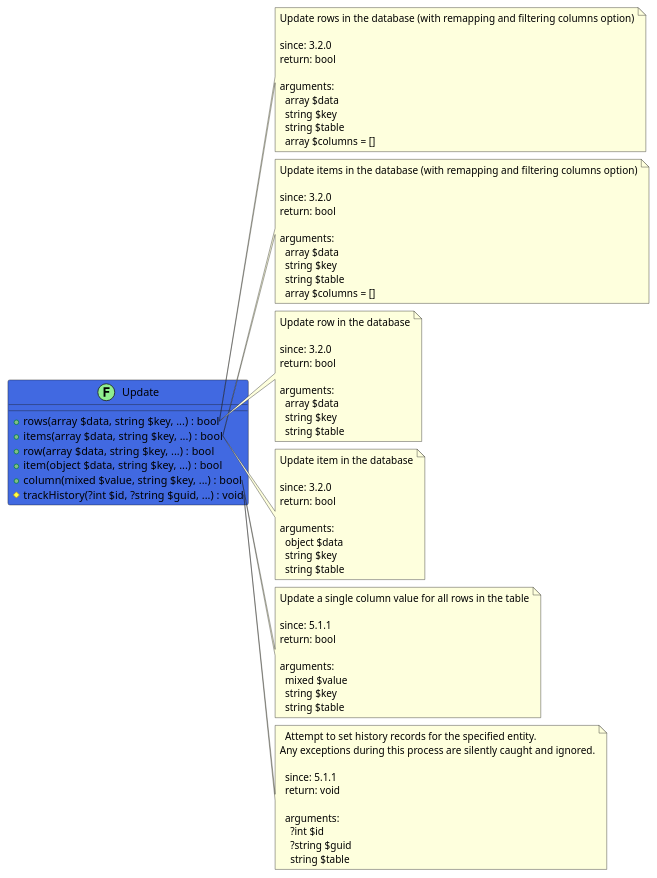
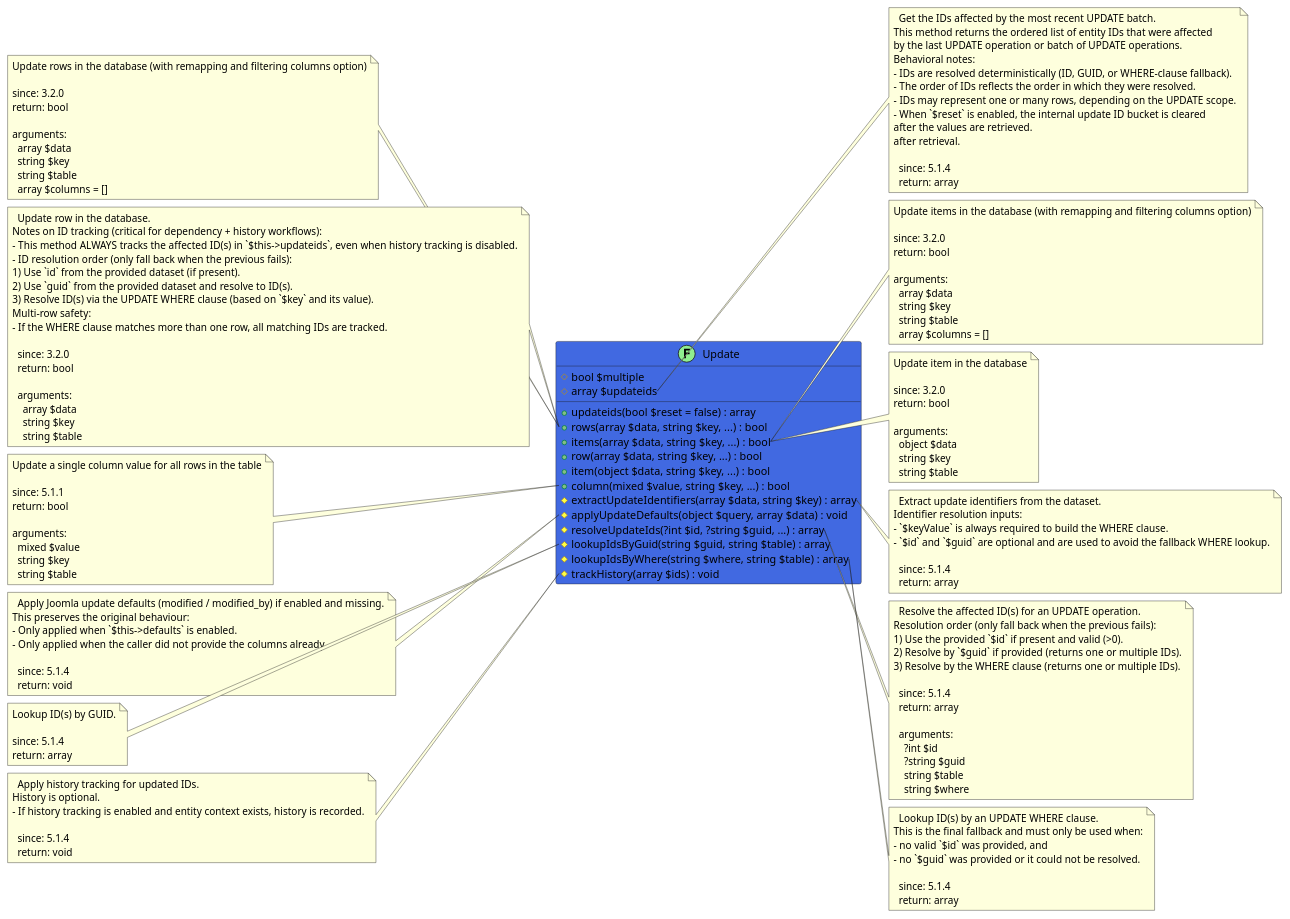
The diagram in src/cce56585-58b0-4f72-a92c-e2635ea52d83/README.md (joomengine/super-powers), drawn with PlantUML before and after one commit. The commit also changed 115 other files, not shown here.

```diff
--- a/src/cce56585-58b0-4f72-a92c-e2635ea52d83/README.md
+++ b/src/cce56585-58b0-4f72-a92c-e2635ea52d83/README.md
@@ -7,15 +7,39 @@
 @startuml
 
 class Update << (F,LightGreen) >> #RoyalBlue {
+  # bool $multiple
+  # array $updateids
+  + updateids(bool $reset = false) : array
   + rows(array $data, string $key, ...) : bool
   + items(array $data, string $key, ...) : bool
   + row(array $data, string $key, ...) : bool
   + item(object $data, string $key, ...) : bool
   + column(mixed $value, string $key, ...) : bool
-  # trackHistory(?int $id, ?string $guid, ...) : void
+  # extractUpdateIdentifiers(array $data, string $key) : array
+  # applyUpdateDefaults(object $query, array $data) : void
+  # resolveUpdateIds(?int $id, ?string $guid, ...) : array
+  # lookupIdsByGuid(string $guid, string $table) : array
+  # lookupIdsByWhere(string $where, string $table) : array
+  # trackHistory(array $ids) : void
 }
 
-note right of Update::rows
+note right of Update::updateids
+  Get the IDs affected by the most recent UPDATE batch.
+This method returns the ordered list of entity IDs that were affected
+by the last UPDATE operation or batch of UPDATE operations.
+Behavioral notes:
+- IDs are resolved deterministically (ID, GUID, or WHERE-clause fallback).
+- The order of IDs reflects the order in which they were resolved.
+- IDs may represent one or many rows, depending on the UPDATE scope.
+- When `$reset` is enabled, the internal update ID bucket is cleared
+after the values are retrieved.
+after retrieval.
+
+  since: 5.1.4
+  return: array
+end note
+
+note left of Update::rows
   Update rows in the database (with remapping and filtering columns option)
 
   since: 3.2.0
@@ -41,8 +65,16 @@
     array $columns = []
 end note
 
-note right of Update::row
-  Update row in the database
+note left of Update::row
+  Update row in the database.
+Notes on ID tracking (critical for dependency + history workflows):
+- This method ALWAYS tracks the affected ID(s) in `$this->updateids`, even when history tracking is disabled.
+- ID resolution order (only fall back when the previous fails):
+1) Use `id` from the provided dataset (if present).
+2) Use `guid` from the provided dataset and resolve to ID(s).
+3) Resolve ID(s) via the UPDATE WHERE clause (based on `$key` and its value).
+Multi-row safety:
+- If the WHERE clause matches more than one row, all matching IDs are tracked.
 
   since: 3.2.0
   return: bool
@@ -65,7 +97,7 @@
     string $table
 end note
 
-note right of Update::column
+note left of Update::column
   Update a single column value for all rows in the table
 
   since: 5.1.1
@@ -77,17 +109,67 @@
     string $table
 end note
 
-note right of Update::trackHistory
-  Attempt to set history records for the specified entity.
-Any exceptions during this process are silently caught and ignored.
+note right of Update::extractUpdateIdentifiers
+  Extract update identifiers from the dataset.
+Identifier resolution inputs:
+- `$keyValue` is always required to build the WHERE clause.
+- `$id` and `$guid` are optional and are used to avoid the fallback WHERE lookup.
 
-  since: 5.1.1
+  since: 5.1.4
+  return: array
+end note
+
+note left of Update::applyUpdateDefaults
+  Apply Joomla update defaults (modified / modified_by) if enabled and missing.
+This preserves the original behaviour:
+- Only applied when `$this->defaults` is enabled.
+- Only applied when the caller did not provide the columns already.
+
+  since: 5.1.4
   return: void
+end note
+
+note right of Update::resolveUpdateIds
+  Resolve the affected ID(s) for an UPDATE operation.
+Resolution order (only fall back when the previous fails):
+1) Use the provided `$id` if present and valid (>0).
+2) Resolve by `$guid` if provided (returns one or multiple IDs).
+3) Resolve by the WHERE clause (returns one or multiple IDs).
+
+  since: 5.1.4
+  return: array
   
   arguments:
     ?int $id
     ?string $guid
     string $table
+    string $where
+end note
+
+note left of Update::lookupIdsByGuid
+  Lookup ID(s) by GUID.
+
+  since: 5.1.4
+  return: array
+end note
+
+note right of Update::lookupIdsByWhere
+  Lookup ID(s) by an UPDATE WHERE clause.
+This is the final fallback and must only be used when:
+- no valid `$id` was provided, and
+- no `$guid` was provided or it could not be resolved.
+
+  since: 5.1.4
+  return: array
+end note
+
+note left of Update::trackHistory
+  Apply history tracking for updated IDs.
+History is optional.
+- If history tracking is enabled and entity context exists, history is recorded.
+
+  since: 5.1.4
+  return: void
 end note
 
 @enduml
```
